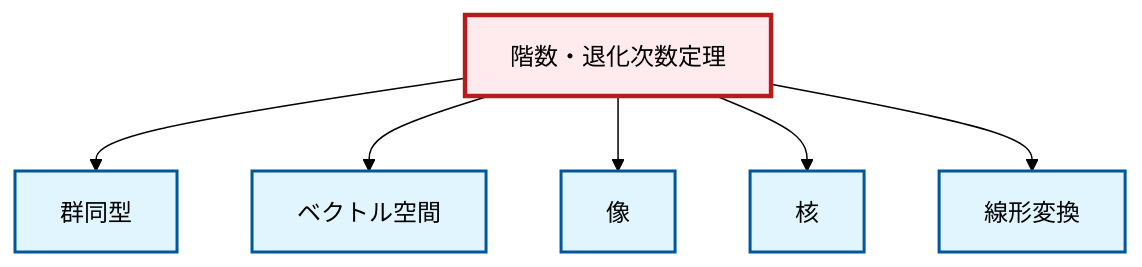
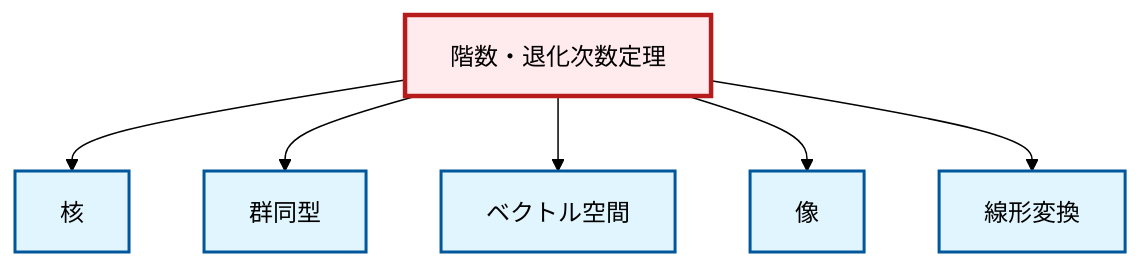
One commit to RK0429/ModernMath changed the diagram in output/mermaid/ja/thm-rank-nullity.mermaid. Above: the diagram before and after it, drawn with Mermaid (forest theme). The commit also changed other lines of this file and 3102 other files, not shown here.

```diff
--- a/output/mermaid/ja/thm-rank-nullity.mermaid
+++ b/output/mermaid/ja/thm-rank-nullity.mermaid
@@ -1,18 +1,18 @@
 graph TD
     classDef definition fill:#e1f5fe,stroke:#01579b,stroke-width:2px
     classDef theorem fill:#f3e5f5,stroke:#4a148c,stroke-width:2px
     classDef axiom fill:#fff3e0,stroke:#e65100,stroke-width:2px
     classDef example fill:#e8f5e9,stroke:#1b5e20,stroke-width:2px
     classDef current fill:#ffebee,stroke:#b71c1c,stroke-width:3px
     def-kernel["核"]:::definition
     thm-rank-nullity["階数・退化次数定理"]:::theorem
+    def-vector-space["ベクトル空間"]:::definition
+    def-image["像"]:::definition
     def-linear-transformation["線形変換"]:::definition
-    def-image["像"]:::definition
-    def-vector-space["ベクトル空間"]:::definition
     def-isomorphism["群同型"]:::definition
+    thm-rank-nullity --> def-kernel
     thm-rank-nullity --> def-isomorphism
     thm-rank-nullity --> def-vector-space
     thm-rank-nullity --> def-image
-    thm-rank-nullity --> def-kernel
     thm-rank-nullity --> def-linear-transformation
     class thm-rank-nullity current
```
